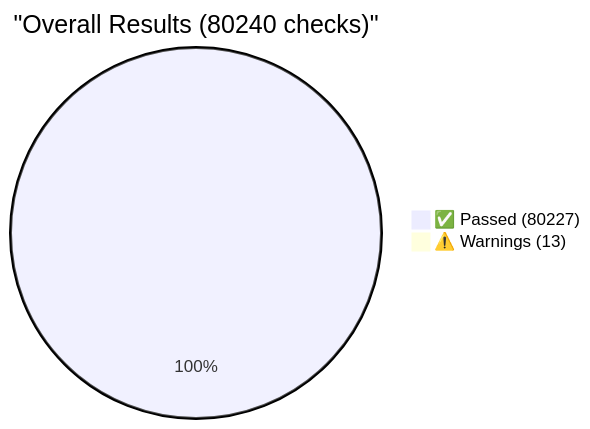
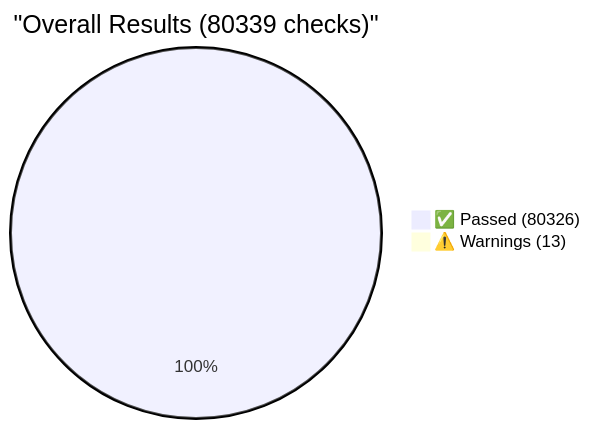
The third of 8 diagrams in tests/reports/crit-test-report.md (Vulnetix/ietf-crit-spec), drawn with Mermaid before and after one commit. The commit also changed other lines of this file and 14 other files, not shown here.

````diff
--- a/tests/reports/crit-test-report.md
+++ b/tests/reports/crit-test-report.md
@@ -77,5 +77,5 @@
 ```mermaid
-pie title "Overall Results (80240 checks)"
-    "✅ Passed (80227)" : 80227
+pie title "Overall Results (80339 checks)"
+    "✅ Passed (80326)" : 80326
     "⚠️ Warnings (13)" : 13
 ```
````
